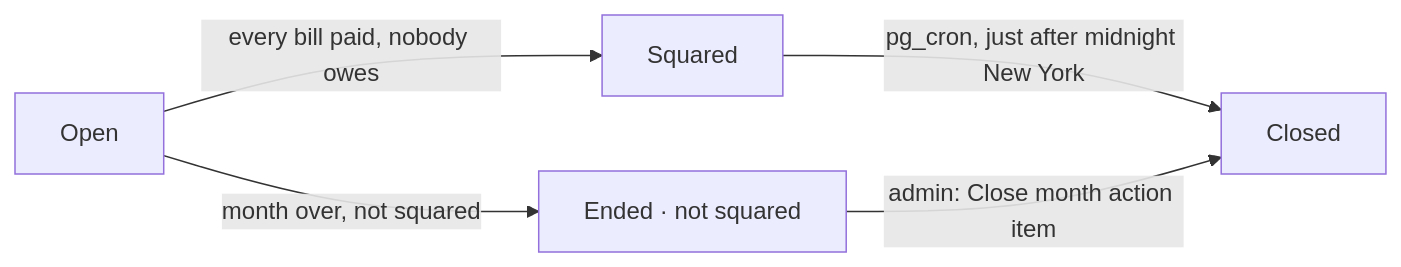
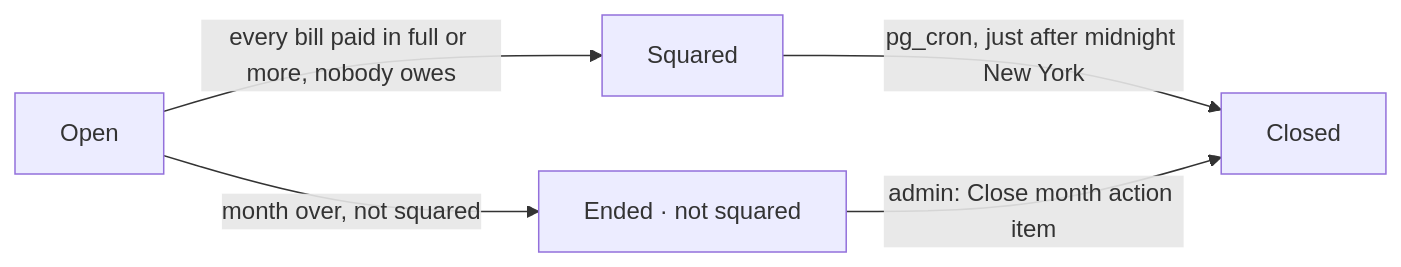
The ninth of 11 diagrams in docs/architecture.md (vplakkot/HomeBase), drawn with Mermaid before and after one commit. The commit also changed other lines of this file and 15 other files, not shown here.

````diff
--- a/docs/architecture.md
+++ b/docs/architecture.md
@@ -756,7 +757,7 @@
 ```mermaid
 flowchart LR
-  Open -->|every bill paid, nobody owes| Squared
+  Open -->|every bill paid in full or more, nobody owes| Squared
   Squared -->|pg_cron, just after midnight New York| Closed
   Open -->|month over, not squared| Ended["Ended · not squared"]
   Ended -->|admin: Close month action item| Closed
 ```
````
